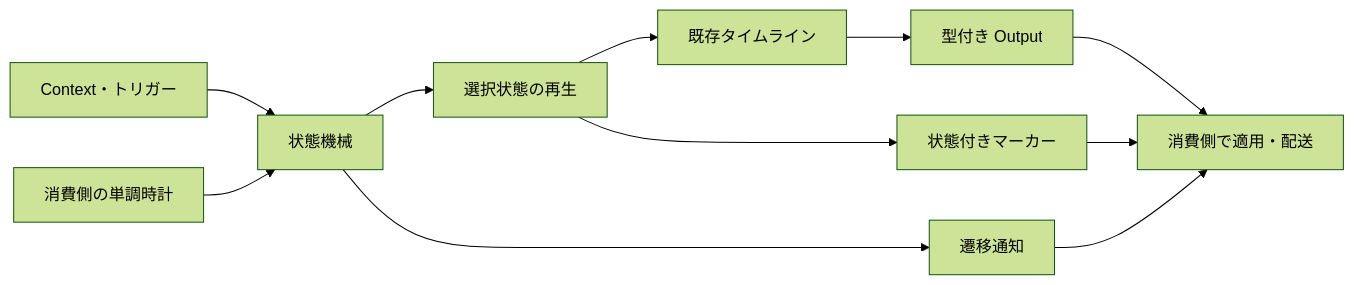
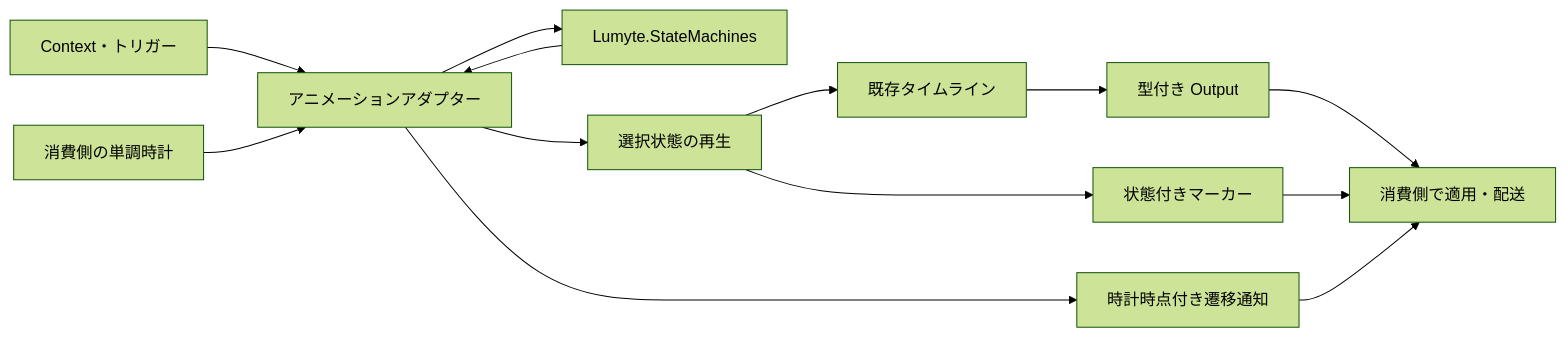
The diagram in docs/adr/animation/ANIMATION-0002-animation-state-machine.md (ikihiki/Lumyte), drawn with Mermaid (forest theme) before and after one commit. The commit also changed other lines of this file and 2 other files, not shown here.

Commit message:
docs: separate reusable state machines from animation adapters

````diff
--- a/docs/adr/animation/ANIMATION-0002-animation-state-machine.md
+++ b/docs/adr/animation/ANIMATION-0002-animation-state-machine.md
@@ -24,13 +24,15 @@
 ```mermaid
 flowchart LR
-    C[Context・トリガー] --> M[状態機械]
-    K[消費側の単調時計] --> M
-    M --> P[選択状態の再生]
+    C[Context・トリガー] --> A[アニメーションアダプター]
+    K[消費側の単調時計] --> A
+    A --> M[Lumyte.StateMachines]
+    M --> A
+    A --> P[選択状態の再生]
     P --> T[既存タイムライン]
     T --> O[型付き Output]
     P --> E[状態付きマーカー]
-    M --> N[遷移通知]
+    A --> N[時計時点付き遷移通知]
     O --> U[消費側で適用・配送]
     E --> U
     N --> U
 ```
````
